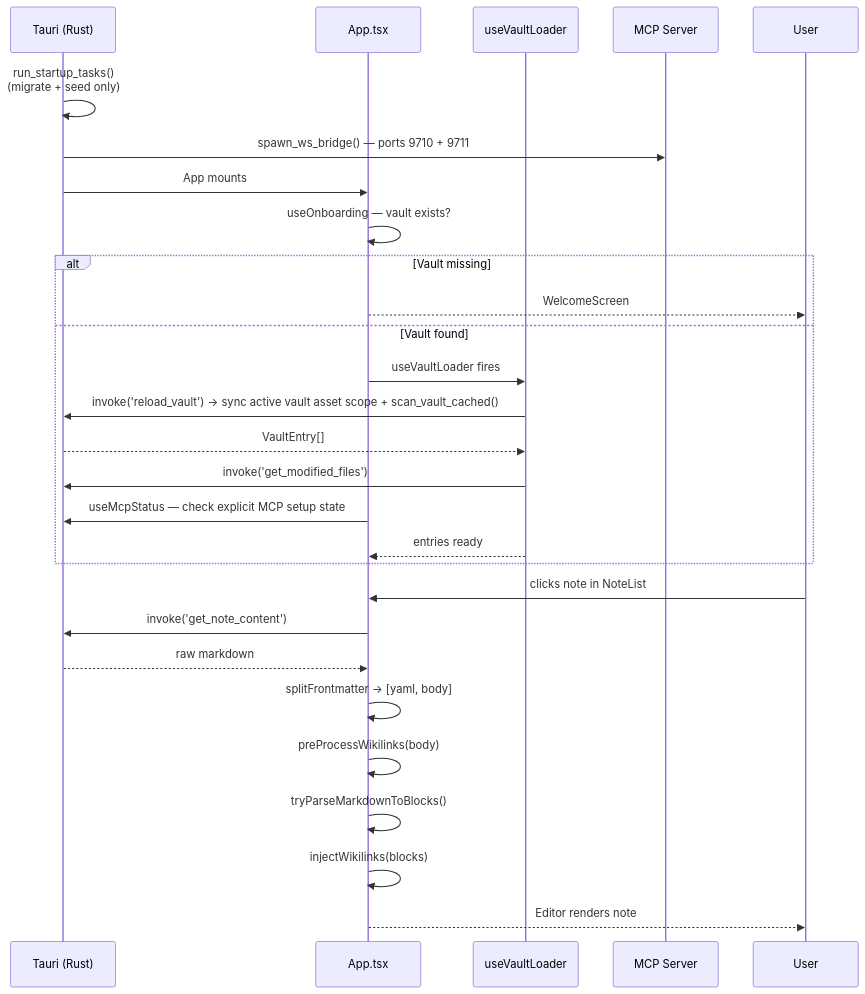
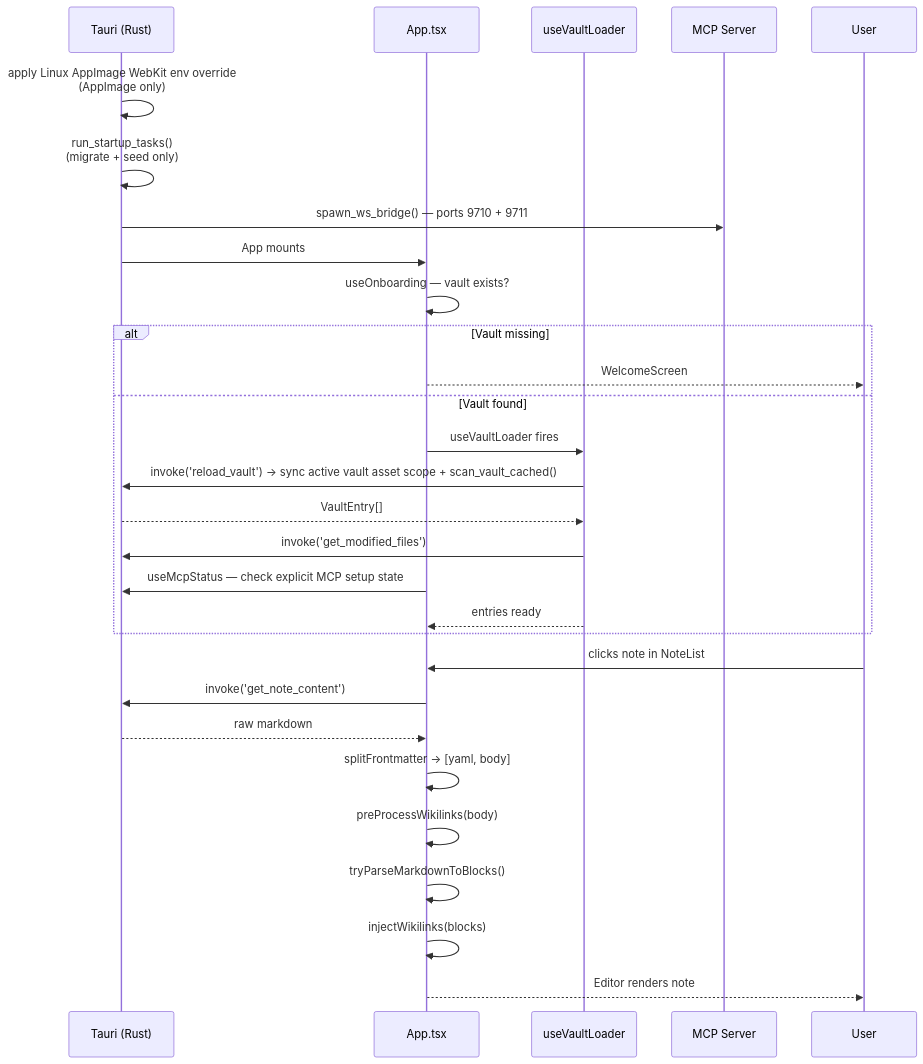
Before and after one commit to aimeritething/Fuwa: the seventh of 10 diagrams in docs/ARCHITECTURE.md, drawn with Mermaid. The commit also changed other lines of this file and 1 other file, not shown here.

Commit message:
fix: harden linux appimage startup

````diff
--- a/docs/ARCHITECTURE.md
+++ b/docs/ARCHITECTURE.md
@@ -491,33 +492,34 @@
 ```mermaid
 sequenceDiagram
     participant T as Tauri (Rust)
     participant A as App.tsx
     participant VL as useVaultLoader
     participant MCP as MCP Server
     participant U as User
 
+    T->>T: apply Linux AppImage WebKit env override<br/>(AppImage only)
     T->>T: run_startup_tasks()<br/>(migrate + seed only)
     T->>MCP: spawn_ws_bridge() — ports 9710 + 9711
     T->>A: App mounts
 
     A->>A: useOnboarding — vault exists?
     alt Vault missing
         A-->>U: WelcomeScreen
     else Vault found
         A->>VL: useVaultLoader fires
         VL->>T: invoke('reload_vault') → sync active vault asset scope + scan_vault_cached()
         T-->>VL: VaultEntry[]
         VL->>T: invoke('get_modified_files')
         A->>T: useMcpStatus — check explicit MCP setup state
         VL-->>A: entries ready
     end
 
     U->>A: clicks note in NoteList
     A->>T: invoke('get_note_content')
     T-->>A: raw markdown
     A->>A: splitFrontmatter → [yaml, body]
     A->>A: preProcessWikilinks(body)
     A->>A: tryParseMarkdownToBlocks()
     A->>A: injectWikilinks(blocks)
     A-->>U: Editor renders note
 ```
````
